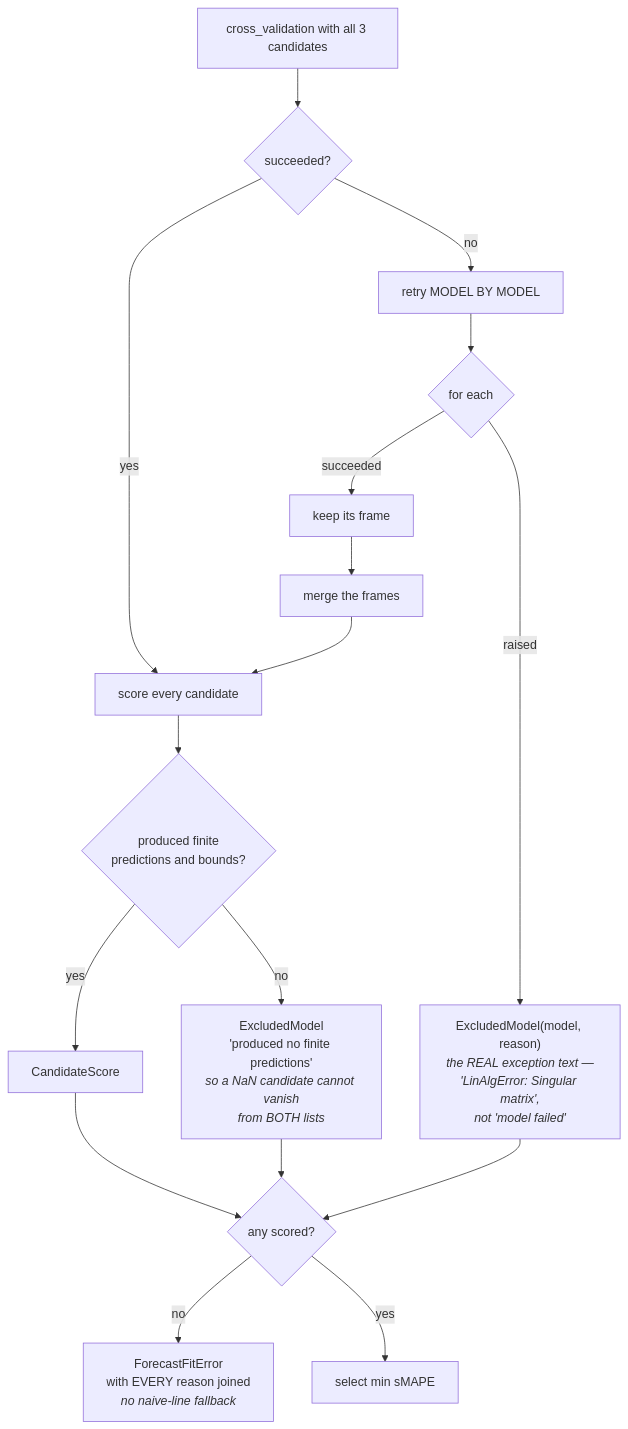
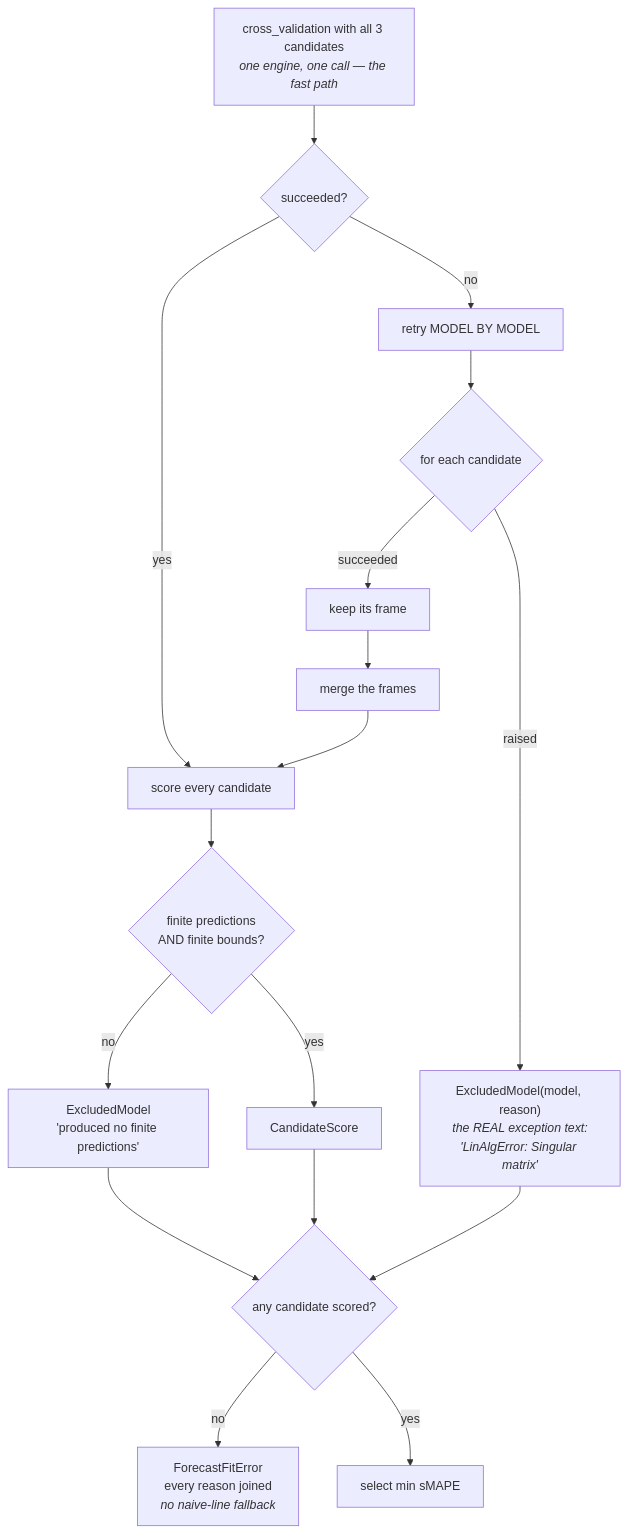
Before and after one commit to yrevash/aegis: the fourth of 5 diagrams in docs/teaching/forecast/40-diagrams.md, drawn with Mermaid. The commit also changed other lines of this file and 111 other files, not shown here.

````diff
--- a/docs/teaching/forecast/40-diagrams.md
+++ b/docs/teaching/forecast/40-diagrams.md
@@ -188,23 +119,22 @@
 ```mermaid
 flowchart TB
-    ALL["cross_validation with all 3 candidates"] --> OK{"succeeded?"}
+    ALL["cross_validation with all 3 candidates<br/><i>one engine, one call — the fast path</i>"] --> OK{"succeeded?"}
     OK -->|yes| SCORE["score every candidate"]
 
     OK -->|no| PER["retry MODEL BY MODEL"]
-    PER --> L{"for each"}
-    L -->|"succeeded"| KEEP["keep its frame"]
-    L -->|"raised"| EXC["ExcludedModel(model, reason)<br/><i>the REAL exception text —<br/>'LinAlgError: Singular matrix',<br/>not 'model failed'</i>"]
-
+    PER --> L{"for each candidate"}
+    L -->|succeeded| KEEP["keep its frame"]
+    L -->|raised| EXC["ExcludedModel(model, reason)<br/><i>the REAL exception text:<br/>'LinAlgError: Singular matrix'</i>"]
     KEEP --> MERGE["merge the frames"]
     MERGE --> SCORE
 
-    SCORE --> NF{"produced finite<br/>predictions and bounds?"}
-    NF -->|no| EXC2["ExcludedModel<br/>'produced no finite predictions'<br/><i>so a NaN candidate cannot vanish<br/>from BOTH lists</i>"]
+    SCORE --> NF{"finite predictions<br/>AND finite bounds?"}
+    NF -->|no| EXC2["ExcludedModel<br/>'produced no finite predictions'"]
     NF -->|yes| CAND["CandidateScore"]
 
-    CAND --> ANY{"any scored?"}
+    CAND --> ANY{"any candidate scored?"}
+    EXC --> ANY
     EXC2 --> ANY
-    EXC --> ANY
-    ANY -->|no| FIT["ForecastFitError<br/>with EVERY reason joined<br/><i>no naive-line fallback</i>"]
+    ANY -->|no| FIT["ForecastFitError<br/>every reason joined<br/><i>no naive-line fallback</i>"]
     ANY -->|yes| SEL["select min sMAPE"]
 ```
````
